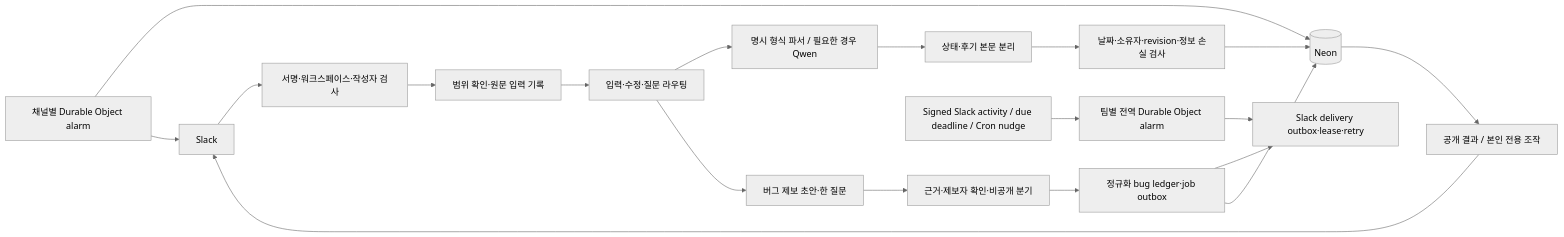
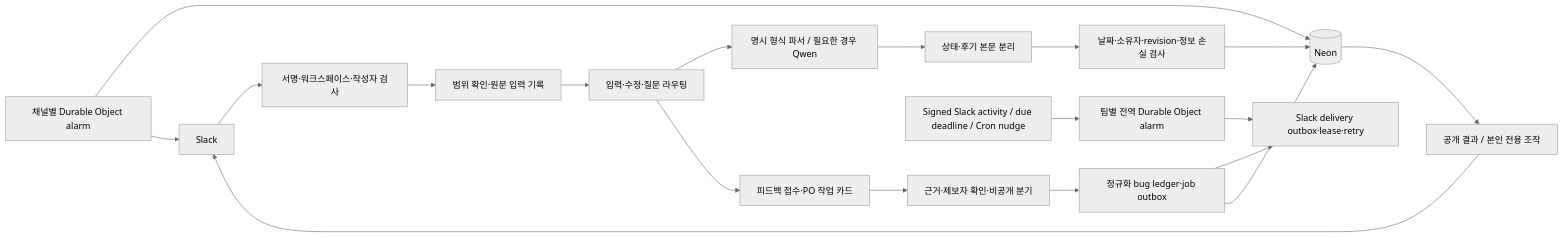
Before and after one commit to Betalgeuse/ot1l: the first of 3 diagrams in docs/ARCHITECTURE.md, drawn with Mermaid (neutral theme). The commit also changed other lines of this file and 51 other files, not shown here.

````diff
--- a/docs/ARCHITECTURE.md
+++ b/docs/ARCHITECTURE.md
@@ -7,21 +7,21 @@
 ```mermaid
 flowchart LR
   Slack --> Signature[서명·워크스페이스·작성자 검사]
   Signature --> Intake[범위 확인·원문 입력 기록]
   Intake --> Router[입력·수정·질문 라우팅]
   Router --> Parser[명시 형식 파서 / 필요한 경우 Qwen]
   Parser --> Decision[상태·후기 본문 분리]
   Decision --> Guard[날짜·소유자·revision·정보 손실 검사]
-  Router --> BugIntake[버그 제보 초안·한 질문]
+  Router --> BugIntake[피드백 접수·PO 작업 카드]
   BugIntake --> BugGuard[근거·제보자 확인·비공개 분기]
   BugGuard --> BugLedger[정규화 bug ledger·job outbox]
   BugLedger --> Delivery[Slack delivery outbox·lease·retry]
   Guard --> DB[(Neon)]
   BugLedger --> DB
   DB --> Output[공개 결과 / 본인 전용 조작]
   Output --> Slack
   Activity[Signed Slack activity / due deadline / Cron nudge] --> GlobalBugClock[팀별 전역 Durable Object alarm]
   GlobalBugClock --> Delivery
   Clock[채널별 Durable Object alarm] --> DB
   Clock --> Slack
 ```
````
